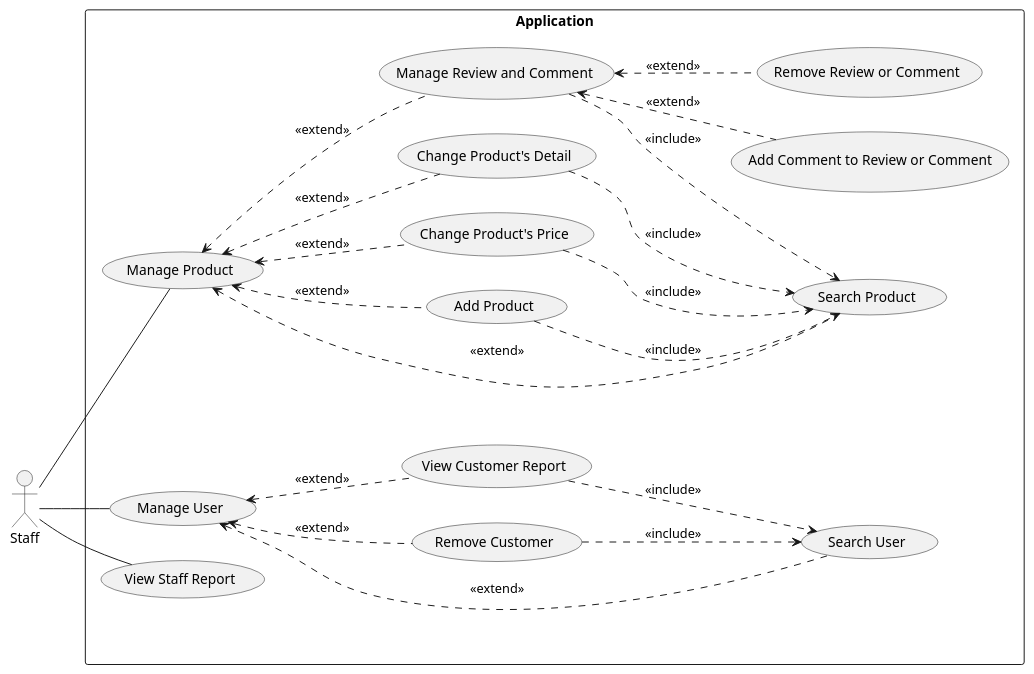
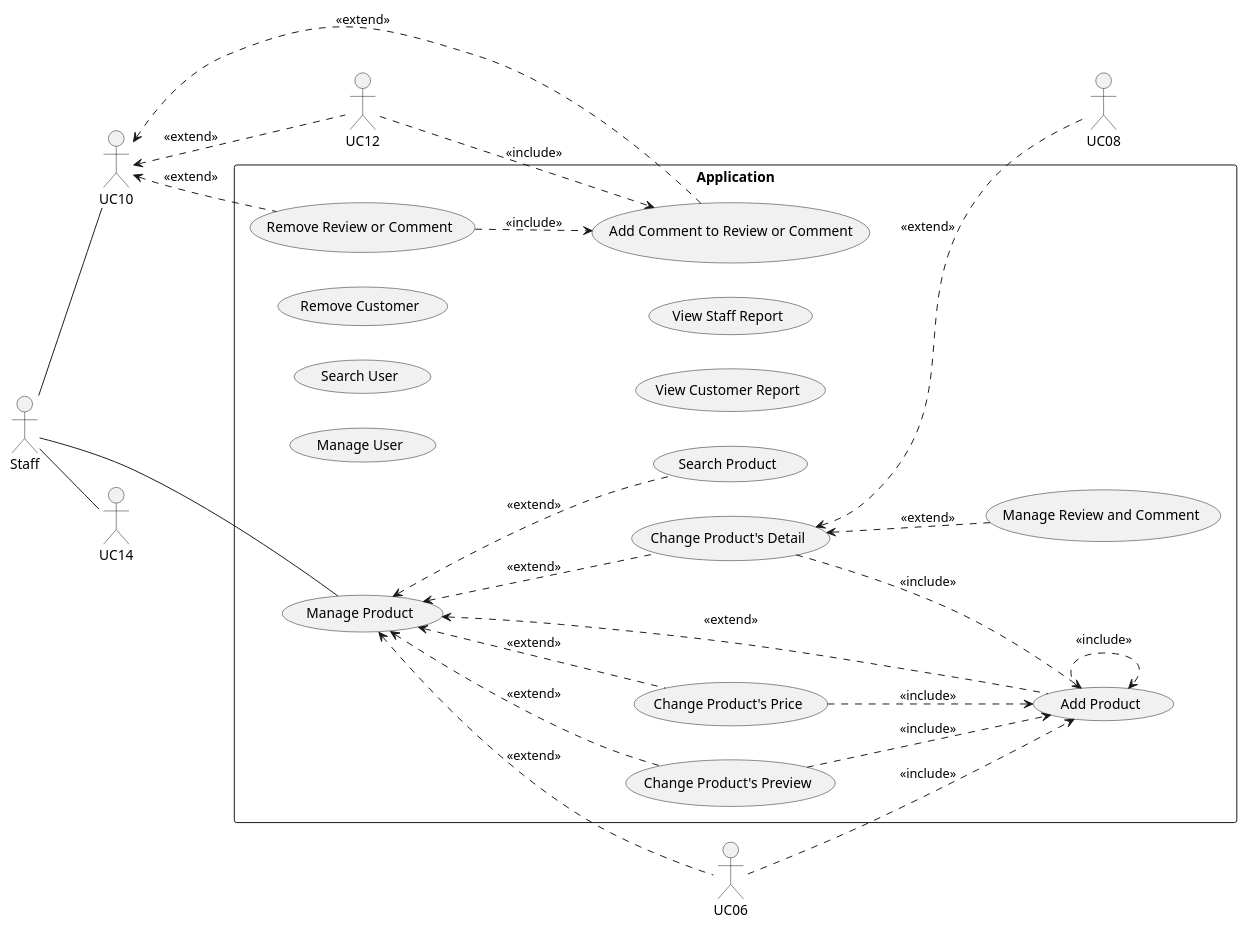
Before and after one commit to electricilies/electricilies.github.io: the diagram in docs/docs/usecase/staff.md, drawn with PlantUML. The commit also changed 98 other files, not shown here.

````diff
--- a/docs/docs/usecase/staff.md
+++ b/docs/docs/usecase/staff.md
@@ -3,44 +3,47 @@
 ```plantuml
 @startuml
 left to right direction
 actor Staff
 
 rectangle "Application" {
   usecase UC01 as "Manage Product"
   usecase UC02 as "Search Product"
   usecase UC03 as "Add Product"
-  usecase UC04 as "Change Product's Price"
-  usecase UC05 as "Change Product's Detail"
-  usecase UC06 as "Manage Review and Comment"
-  usecase UC07 as "Add Comment to Review or Comment"
-  usecase UC08 as "Remove Review or Comment"
-  usecase UC09 as "Manage User"
-  usecase UC10 as "Search User"
-  usecase UC11 as "Remove Customer"
-  usecase UC12 as "View Customer Report"
-  usecase UC13 as "View Staff Report"
+  usecase UC04 as "Change Product's Preview"
+  usecase UC05 as "Change Product's Price"
+  usecase UC07 as "Change Product's Detail"
+  usecase UC09 as "Manage Review and Comment"
+  usecase UC11 as "Add Comment to Review or Comment"
+  usecase UC13 as "Remove Review or Comment"
+  usecase UC15 as "Manage User"
+  usecase UC17 as "Search User"
+  usecase UC19 as "Remove Customer"
+  usecase UC21 as "View Customer Report"
+  usecase UC23 as "View Staff Report"
 }
 
 Staff -- UC01
-Staff -- UC09
-Staff -- UC13
+Staff -- UC10
+Staff -- UC14
 
 UC01 <.. UC02 : <<extend>>
 UC01 <.. UC03 : <<extend>>
 UC01 <.. UC04 : <<extend>>
 UC01 <.. UC05 : <<extend>>
 UC01 <.. UC06 : <<extend>>
-UC03 ..> UC02 : <<include>>
-UC04 ..> UC02 : <<include>>
-UC05 ..> UC02 : <<include>>
-UC06 ..> UC02 : <<include>>
-UC06 <.. UC07 : <<extend>>
-UC06 <.. UC08 : <<extend>>
-UC09 <.. UC10 : <<extend>>
-UC09 <.. UC11 : <<extend>>
-UC09 <.. UC12 : <<extend>>
-UC11 ..> UC10 : <<include>>
-UC12 ..> UC10 : <<include>>
+UC01 <.. UC07 : <<extend>>
+UC03 ..> UC03 : <<include>>
+UC04 ..> UC03 : <<include>>
+UC05 ..> UC03 : <<include>>
+UC06 ..> UC03 : <<include>>
+UC07 ..> UC03 : <<include>>
+UC07 <.. UC08 : <<extend>>
+UC07 <.. UC09 : <<extend>>
+UC10 <.. UC11 : <<extend>>
+UC10 <.. UC12 : <<extend>>
+UC10 <.. UC13 : <<extend>>
+UC12 ..> UC11 : <<include>>
+UC13 ..> UC11 : <<include>>
 
 @enduml
 ```
````
